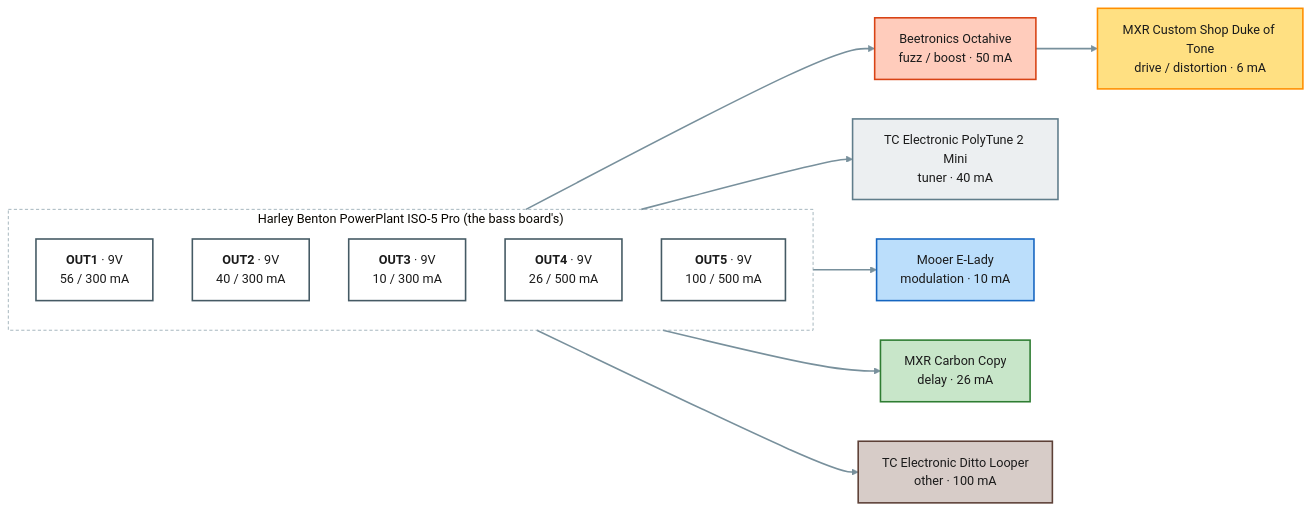
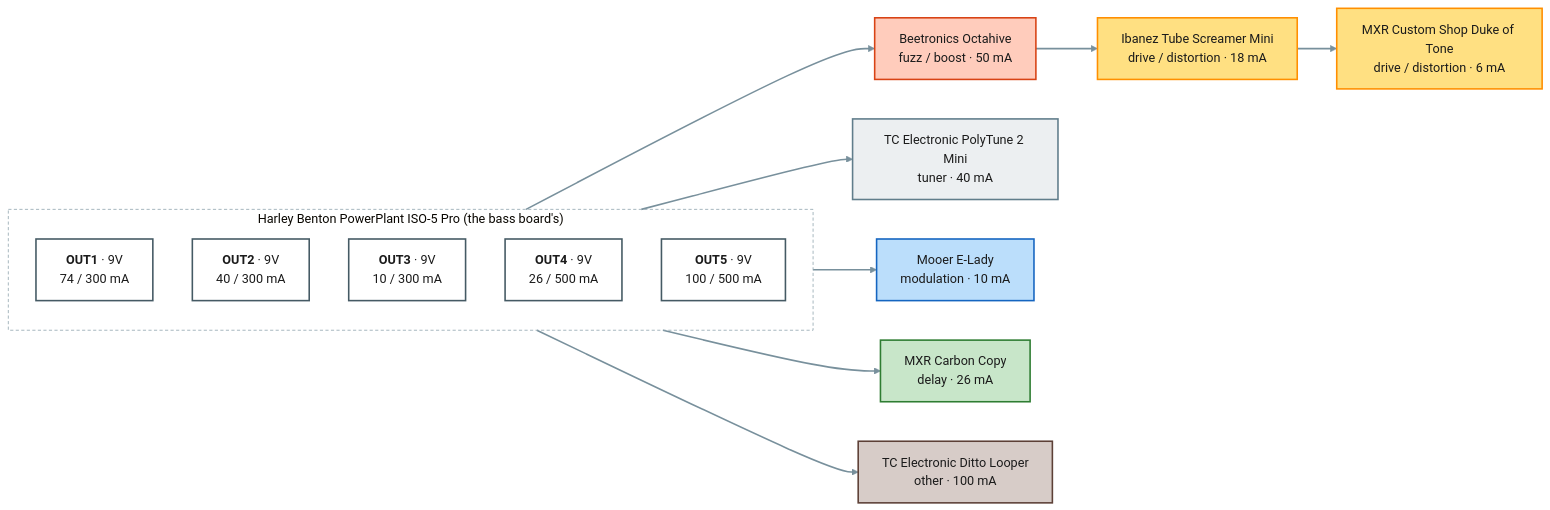
Before and after one commit to pedroacvieira/pedalboard: the second of 2 diagrams in projects/guitar-practice/README.md, drawn with Mermaid (base theme). The commit also changed other lines of this file and 22 other files, not shown here.

Commit message:
Layouts of all three boards; bass on the XPND 1 + extension with the MXR Bass Envelope Filter and Bass Chorus Deluxe; practice with the Tube Screamer Mini; owner's jacks and footswitches

````diff
--- a/projects/guitar-practice/README.md
+++ b/projects/guitar-practice/README.md
@@ -69,34 +81,36 @@
 ```mermaid
 flowchart LR
     subgraph psu1["Harley Benton PowerPlant ISO-5 Pro (the bass board's)"]
         direction TB
-        psu1_OUT1["<b>OUT1</b> · 9V<br/>56 / 300 mA"]:::out9
+        psu1_OUT1["<b>OUT1</b> · 9V<br/>74 / 300 mA"]:::out9
         psu1_OUT2["<b>OUT2</b> · 9V<br/>40 / 300 mA"]:::out9
         psu1_OUT3["<b>OUT3</b> · 9V<br/>10 / 300 mA"]:::out9
         psu1_OUT4["<b>OUT4</b> · 9V<br/>26 / 500 mA"]:::out9
         psu1_OUT5["<b>OUT5</b> · 9V<br/>100 / 500 mA"]:::out9
     end
     octahive["Beetronics Octahive<br/>fuzz / boost · 50 mA"]:::c_fuzz___boost
+    ibanez_ts_mini["Ibanez Tube Screamer Mini<br/>drive / distortion · 18 mA"]:::c_drive___distortion
     duke_of_tone["MXR Custom Shop Duke of Tone<br/>drive / distortion · 6 mA"]:::c_drive___distortion
     polytune_2_mini["TC Electronic PolyTune 2 Mini<br/>tuner · 40 mA"]:::c_tuner
     e_lady["Mooer E-Lady<br/>modulation · 10 mA"]:::c_modulation
     carbon_copy["MXR Carbon Copy<br/>delay · 26 mA"]:::c_delay
     ditto_looper["TC Electronic Ditto Looper<br/>other · 100 mA"]:::c_other
     psu1_OUT1 --> octahive
-    octahive --> duke_of_tone
+    octahive --> ibanez_ts_mini
+    ibanez_ts_mini --> duke_of_tone
     psu1_OUT2 --> polytune_2_mini
     psu1_OUT3 --> e_lady
     psu1_OUT4 --> carbon_copy
     psu1_OUT5 --> ditto_looper
     classDef out9 fill:#ffffff,stroke:#455a64,stroke-width:2px,color:#1b1b1b
     classDef out18 fill:#ffffff,stroke:#d84315,stroke-width:3px,color:#1b1b1b
     classDef spare fill:#fafafa,stroke:#9e9e9e,stroke-dasharray:4 3,color:#757575
     classDef c_tuner fill:#eceff1,stroke:#607d8b,stroke-width:2px,color:#1b1b1b
     classDef c_fuzz___boost fill:#ffccbc,stroke:#d84315,stroke-width:2px,color:#1b1b1b
     classDef c_drive___distortion fill:#ffe082,stroke:#ff8f00,stroke-width:2px,color:#1b1b1b
     classDef c_modulation fill:#bbdefb,stroke:#1565c0,stroke-width:2px,color:#1b1b1b
     classDef c_delay fill:#c8e6c9,stroke:#2e7d32,stroke-width:2px,color:#1b1b1b
     classDef c_other fill:#d7ccc8,stroke:#5d4037,stroke-width:2px,color:#1b1b1b
     style psu1 fill:none,stroke:#90a4ae,stroke-dasharray:4 3
     linkStyle default stroke:#78909c,stroke-width:2px
 ```
````
